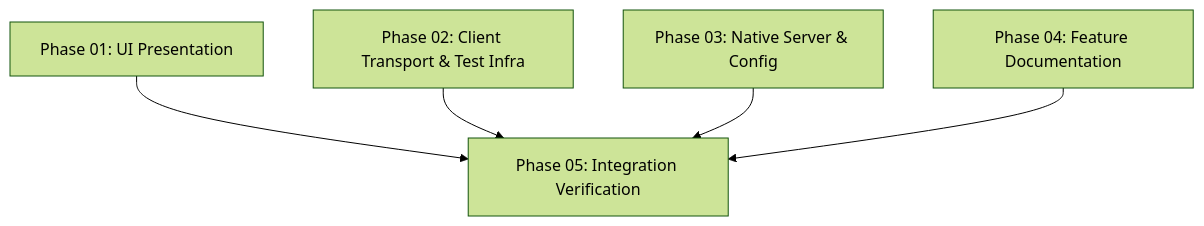
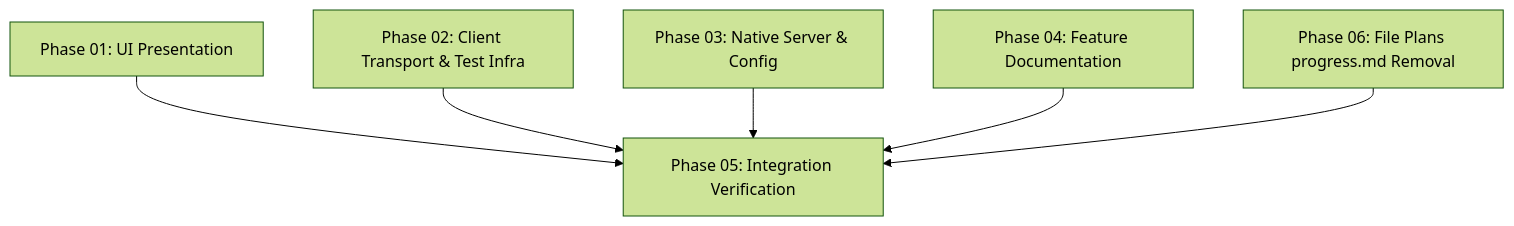
Before and after one commit to loidinhm31/dam-hopper: the diagram in plans/261011-1640-remove-advisor/plan.md, drawn with Mermaid (forest theme). The commit also changed other lines of this file and 24 other files, not shown here.

Commit message:
refactor(plans): remove progress.md from file plans dashboard

````diff
--- a/plans/261011-1640-remove-advisor/plan.md
+++ b/plans/261011-1640-remove-advisor/plan.md
@@ -28,7 +29,8 @@
 ```mermaid
 graph TD
   P1[Phase 01: UI Presentation] --> P5[Phase 05: Integration Verification]
   P2[Phase 02: Client Transport & Test Infra] --> P5
   P3[Phase 03: Native Server & Config] --> P5
   P4[Phase 04: Feature Documentation] --> P5
+  P6[Phase 06: File Plans progress.md Removal] --> P5
 ```
````
